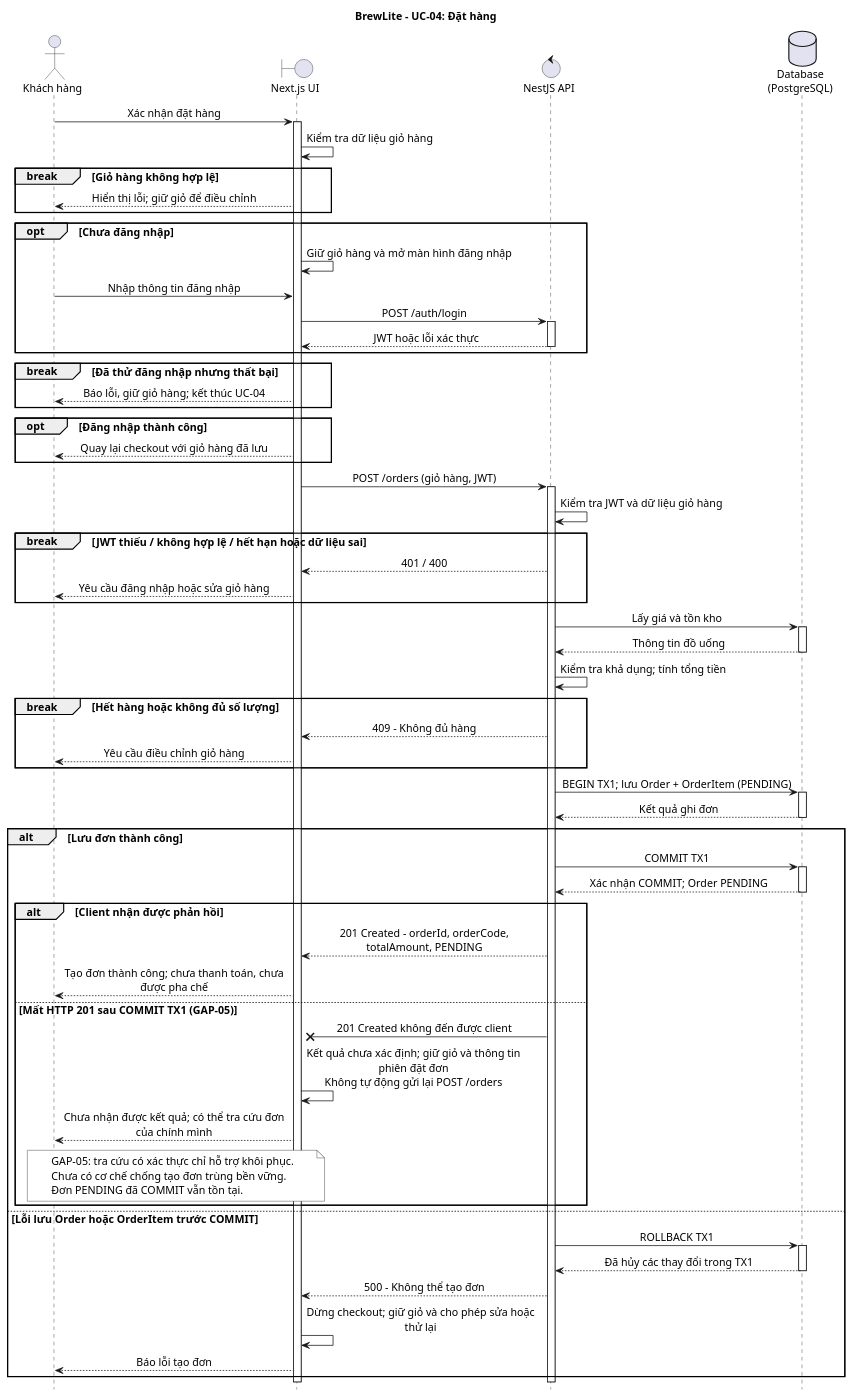
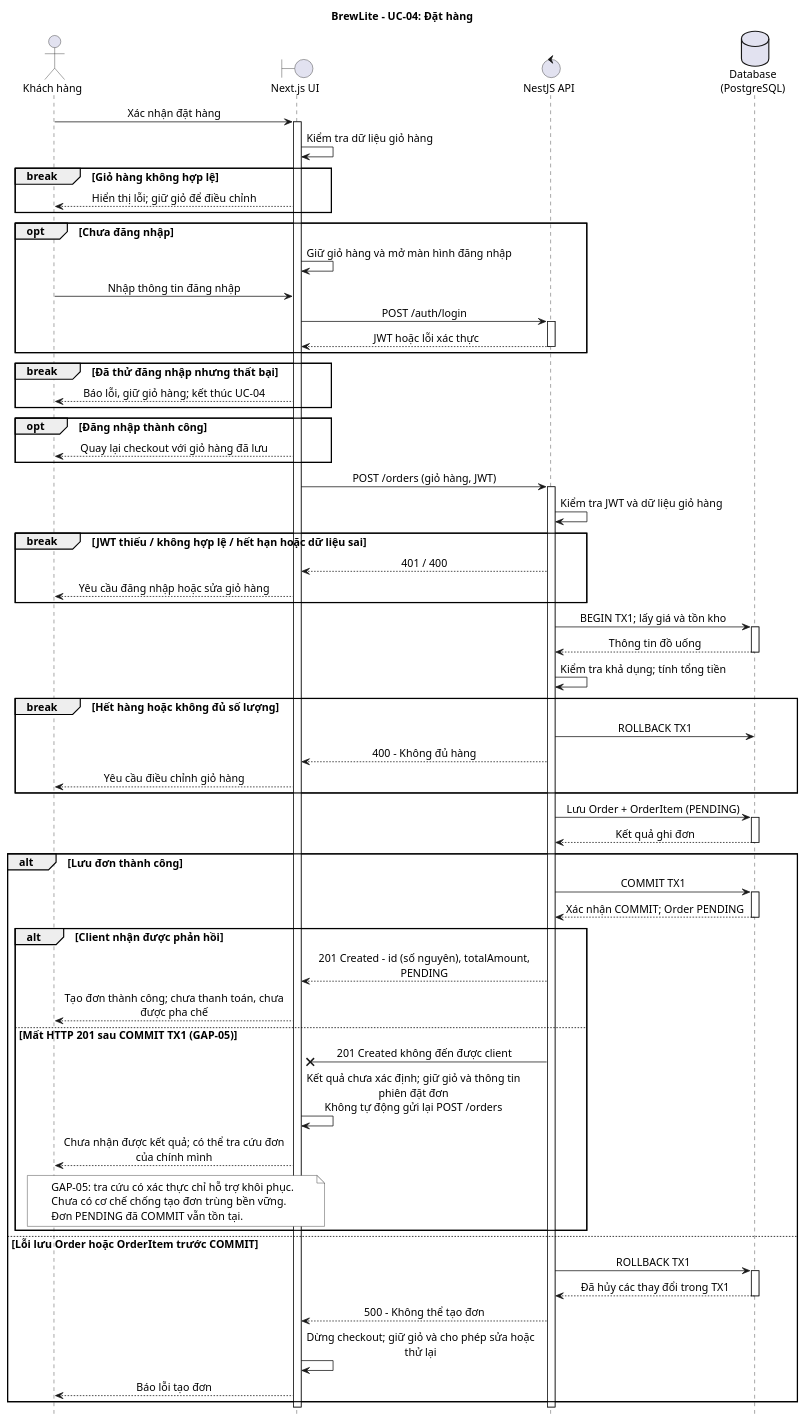
The diagram in docs/diagram/SequenceDiagram.puml (vohuunghiaah/brewlite), drawn with PlantUML before and after one commit. The commit also changed 20 other files, not shown here.

Commit message:
docs(uml): align transaction flows, domain scope and Lightsail with implementation

```diff
--- a/docs/diagram/SequenceDiagram.puml
+++ b/docs/diagram/SequenceDiagram.puml
@@ -1,87 +1,88 @@
 @startuml
 ' Task 2.2 - UC-04: tạo đơn PENDING độc lập.
 ' Based on SRS v1.4.0, use-case-place-order.md and ActivityDiagram.puml.
 title BrewLite - UC-04: Đặt hàng
 hide footbox
 skinparam defaultFontName Arial
 skinparam defaultFontSize 14
 skinparam shadowing false
 skinparam backgroundColor white
 skinparam sequenceMessageAlign center
 skinparam ParticipantPadding 25
 skinparam maxMessageSize 310
 actor "Khách hàng" as C
 boundary "Next.js UI" as UI
 control "NestJS API" as API
 database "Database\n(PostgreSQL)" as DB
 ' Các break cấp ngoài kết thúc tương tác lỗi; activation đóng trên luồng bình thường.
 C -> UI: Xác nhận đặt hàng
 activate UI
 UI -> UI: Kiểm tra dữ liệu giỏ hàng
 break Giỏ hàng không hợp lệ
   UI --> C: Hiển thị lỗi; giữ giỏ để điều chỉnh
 end
 opt Chưa đăng nhập
   UI -> UI: Giữ giỏ hàng và mở màn hình đăng nhập
   C -> UI: Nhập thông tin đăng nhập
   UI -> API: POST /auth/login
   activate API
   API --> UI: JWT hoặc lỗi xác thực
   deactivate API
 end
 break Đã thử đăng nhập nhưng thất bại
   UI --> C: Báo lỗi, giữ giỏ hàng; kết thúc UC-04
 end
 opt Đăng nhập thành công
   UI --> C: Quay lại checkout với giỏ hàng đã lưu
 end
 UI -> API: POST /orders (giỏ hàng, JWT)
 activate API
 API -> API: Kiểm tra JWT và dữ liệu giỏ hàng
 break JWT thiếu / không hợp lệ / hết hạn hoặc dữ liệu sai
   API --> UI: 401 / 400
   UI --> C: Yêu cầu đăng nhập hoặc sửa giỏ hàng
 end
-API -> DB: Lấy giá và tồn kho
+API -> DB: BEGIN TX1; lấy giá và tồn kho
 activate DB
 DB --> API: Thông tin đồ uống
 deactivate DB
 API -> API: Kiểm tra khả dụng; tính tổng tiền
 break Hết hàng hoặc không đủ số lượng
-  API --> UI: 409 - Không đủ hàng
+  API -> DB: ROLLBACK TX1
+  API --> UI: 400 - Không đủ hàng
   UI --> C: Yêu cầu điều chỉnh giỏ hàng
 end
-API -> DB: BEGIN TX1; lưu Order + OrderItem (PENDING)
+API -> DB: Lưu Order + OrderItem (PENDING)
 activate DB
 DB --> API: Kết quả ghi đơn
 deactivate DB
 alt Lưu đơn thành công
   API -> DB: COMMIT TX1
   activate DB
   DB --> API: Xác nhận COMMIT; Order PENDING
   deactivate DB
   alt Client nhận được phản hồi
-    API --> UI: 201 Created - orderId, orderCode, totalAmount, PENDING
+    API --> UI: 201 Created - id (số nguyên), totalAmount, PENDING
     UI --> C: Tạo đơn thành công; chưa thanh toán, chưa được pha chế
   else Mất HTTP 201 sau COMMIT TX1 (GAP-05)
     API ->x UI: 201 Created không đến được client
     UI -> UI: Kết quả chưa xác định; giữ giỏ và thông tin phiên đặt đơn\nKhông tự động gửi lại POST /orders
     UI --> C: Chưa nhận được kết quả; có thể tra cứu đơn của chính mình
     note over C, UI #white
       GAP-05: tra cứu có xác thực chỉ hỗ trợ khôi phục.
       Chưa có cơ chế chống tạo đơn trùng bền vững.
       Đơn PENDING đã COMMIT vẫn tồn tại.
     end note
   end
 else Lỗi lưu Order hoặc OrderItem trước COMMIT
   API -> DB: ROLLBACK TX1
   activate DB
   DB --> API: Đã hủy các thay đổi trong TX1
   deactivate DB
   API --> UI: 500 - Không thể tạo đơn
   UI -> UI: Dừng checkout; giữ giỏ và cho phép sửa hoặc thử lại
   UI --> C: Báo lỗi tạo đơn
 end
 deactivate API
 deactivate UI
 @enduml
```
